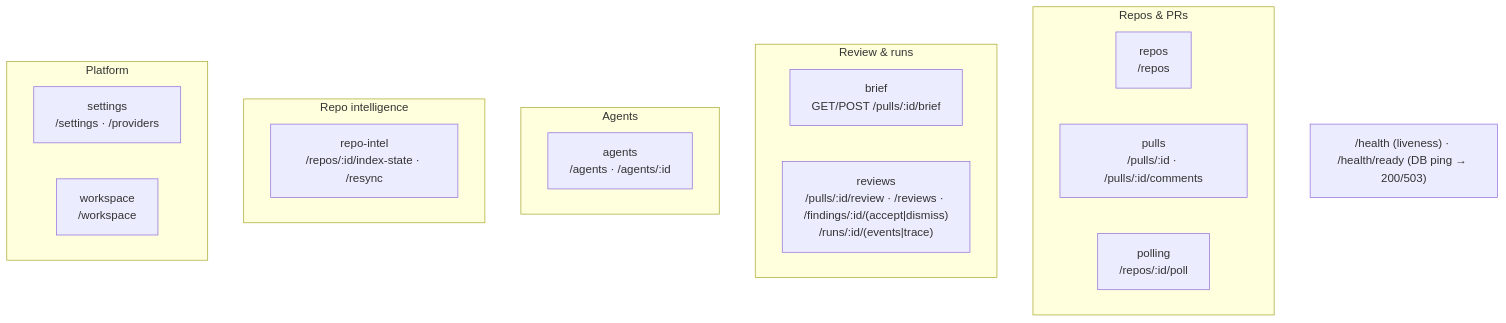
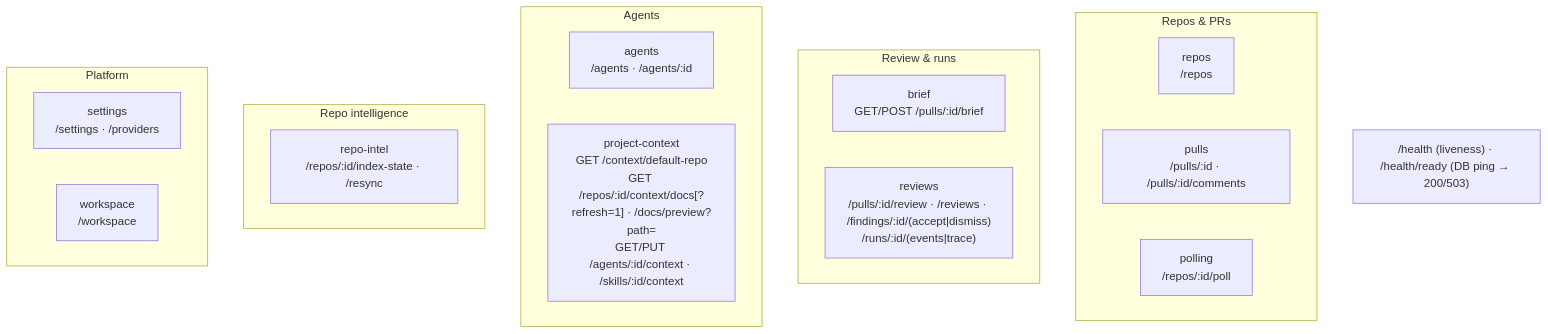
One commit to ochubey/dev-digest-learning changed the second of 2 diagrams in server/README.md. Above: the diagram before and after it, drawn with Mermaid. The commit also changed other lines of this file and 10 other files, not shown here.

First line of the commit message:
test(e2e): seed project context and add flows for the Context tab and trace

````diff
--- a/server/README.md
+++ b/server/README.md
@@ -64,23 +64,24 @@
 ```mermaid
 flowchart TB
   subgraph Repos_PRs["Repos & PRs"]
     repos["repos<br/>/repos"]
     pulls["pulls<br/>/pulls/:id · /pulls/:id/comments"]
     polling["polling<br/>/repos/:id/poll"]
   end
   subgraph Review["Review & runs"]
     brief["brief<br/>GET/POST /pulls/:id/brief"]
     reviews["reviews<br/>/pulls/:id/review · /reviews · /findings/:id/(accept|dismiss)<br/>/runs/:id/(events|trace)"]
   end
   subgraph Agents["Agents"]
     agents["agents<br/>/agents · /agents/:id"]
+    projectContext["project-context<br/>GET /context/default-repo<br/>GET /repos/:id/context/docs[?refresh=1] · /docs/preview?path=<br/>GET/PUT /agents/:id/context · /skills/:id/context"]
   end
   subgraph Intel["Repo intelligence"]
     repoIntel["repo-intel<br/>/repos/:id/index-state · /resync"]
   end
   subgraph Platform["Platform"]
     settings["settings<br/>/settings · /providers"]
     workspace["workspace<br/>/workspace"]
   end
   HEALTH["/health (liveness) · /health/ready (DB ping → 200/503)"]
 ```
````
